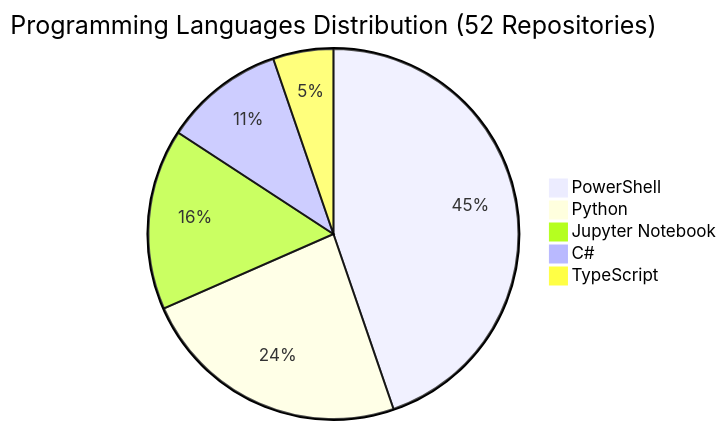
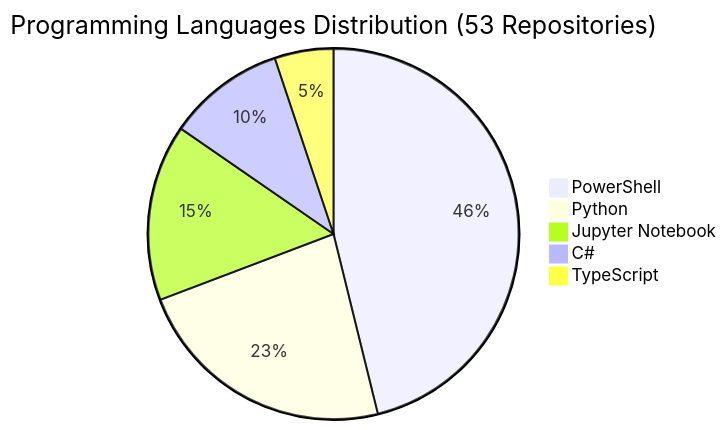
One commit to fabioc-aloha/fabioc-aloha changed the diagram in REPOS.md. Above: the diagram before and after it, drawn with Mermaid. The commit also changed other lines of this file and 1 other file, not shown here.

````diff
--- a/REPOS.md
+++ b/REPOS.md
@@ -129,8 +129,8 @@
 ```mermaid
-pie title Programming Languages Distribution (52 Repositories)
-    "PowerShell" : 17
+pie title Programming Languages Distribution (53 Repositories)
+    "PowerShell" : 18
     "Python" : 9
     "Jupyter Notebook" : 6
     "C#" : 4
     "TypeScript" : 2
 ```
````
